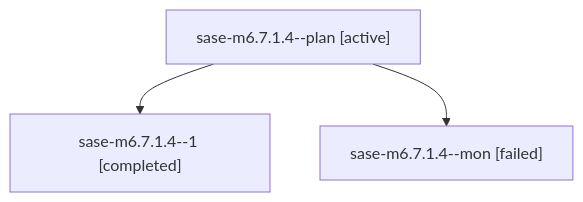
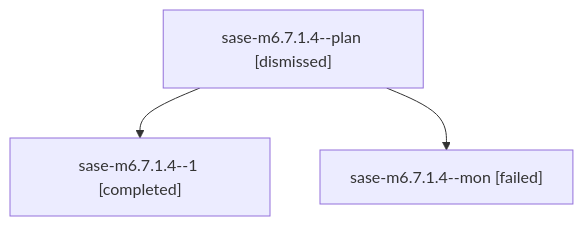
The diagram in sessions/bbugyi200.athena.sase-m6.7.1.4.md (sase-org/sase--agents), drawn with Mermaid before and after one commit. The commit also changed other lines of this file and 187 other files, not shown here.

````diff
--- a/sessions/bbugyi200.athena.sase-m6.7.1.4.md
+++ b/sessions/bbugyi200.athena.sase-m6.7.1.4.md
@@ -9,8 +9,8 @@
 ```mermaid
 flowchart TD
-  n0["sase-m6.7.1.4--plan [active]"]
+  n0["sase-m6.7.1.4--plan [dismissed]"]
   n1["sase-m6.7.1.4--1 [completed]"]
   n0 --> n1
   n2["sase-m6.7.1.4--mon [failed]"]
   n0 --> n2
 ```
````
